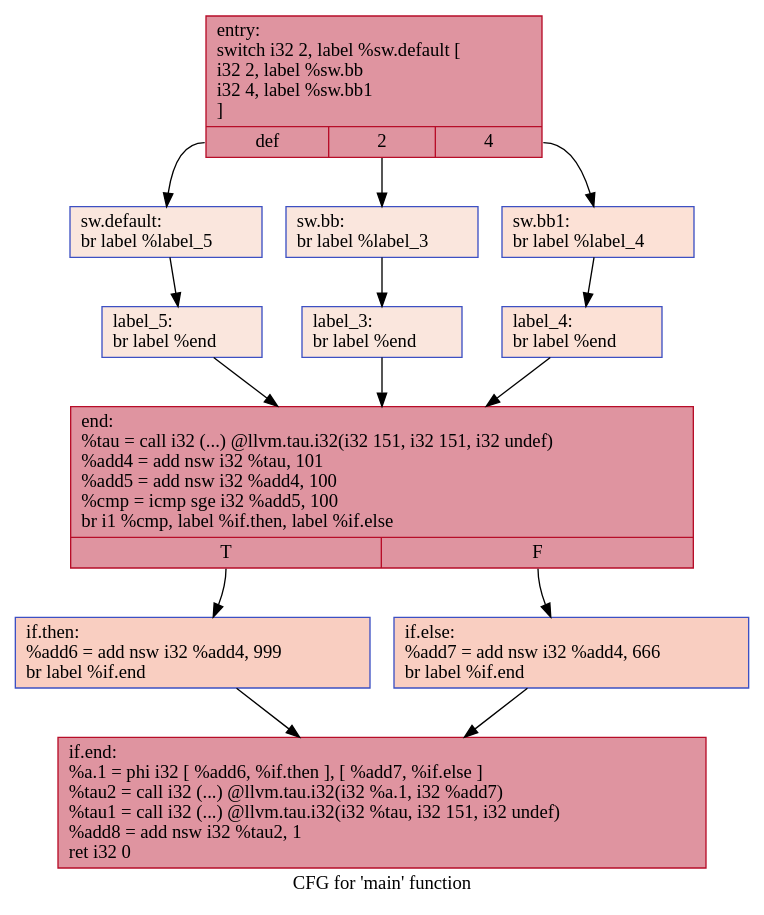
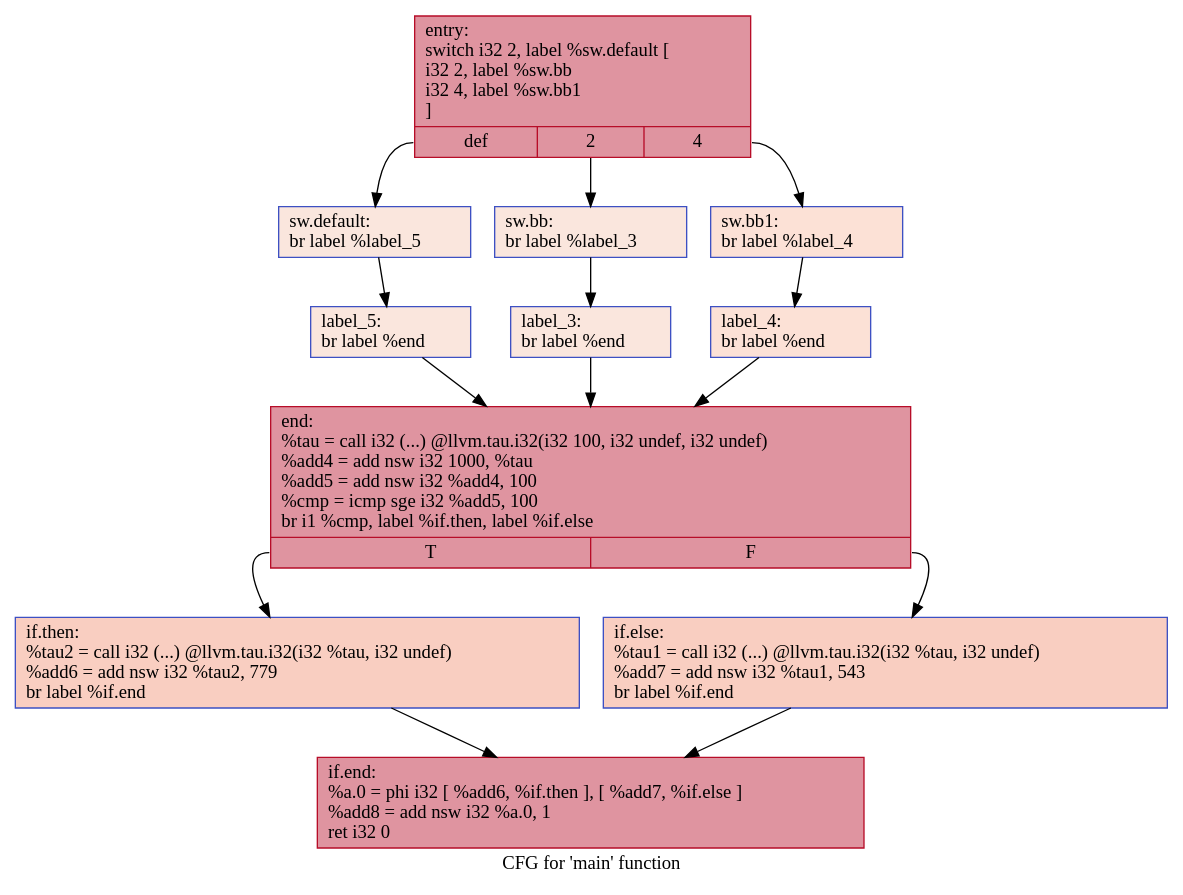
The diagram in IR/cfg/specSCCP_HPSSA.dot (HPSSA-LLVM/HPSSA-LLVM), drawn with Graphviz before and after one commit. The commit also changed 35 other files, not shown here.

```diff
--- a/IR/cfg/specSCCP_HPSSA.dot
+++ b/IR/cfg/specSCCP_HPSSA.dot
@@ -1,28 +1,28 @@
 digraph "CFG for 'main' function" {
 	label="CFG for 'main' function";
 
-	Node0x5556ec7e8900 [shape=record,color="#b70d28ff", style=filled, fillcolor="#b70d2870",label="{entry:\l  switch i32 2, label %sw.default [\l    i32 2, label %sw.bb\l    i32 4, label %sw.bb1\l  ]\l|{<s0>def|<s1>2|<s2>4}}"];
-	Node0x5556ec7e8900:s0 -> Node0x5556ec7e8a30;
-	Node0x5556ec7e8900:s1 -> Node0x5556ec7e8ab0;
-	Node0x5556ec7e8900:s2 -> Node0x5556ec7e8b50;
-	Node0x5556ec7e8ab0 [shape=record,color="#3d50c3ff", style=filled, fillcolor="#f3c7b170",label="{sw.bb:                                            \l  br label %label_3\l}"];
-	Node0x5556ec7e8ab0 -> Node0x5556ec7e8ce0;
-	Node0x5556ec7e8b50 [shape=record,color="#3d50c3ff", style=filled, fillcolor="#f7bca170",label="{sw.bb1:                                           \l  br label %label_4\l}"];
-	Node0x5556ec7e8b50 -> Node0x5556ec7e8dc0;
-	Node0x5556ec7e8a30 [shape=record,color="#3d50c3ff", style=filled, fillcolor="#f3c7b170",label="{sw.default:                                       \l  br label %label_5\l}"];
-	Node0x5556ec7e8a30 -> Node0x5556ec7e8ea0;
-	Node0x5556ec7e8ce0 [shape=record,color="#3d50c3ff", style=filled, fillcolor="#f3c7b170",label="{label_3:                                          \l  br label %end\l}"];
-	Node0x5556ec7e8ce0 -> Node0x5556ec7e8f80;
-	Node0x5556ec7e8dc0 [shape=record,color="#3d50c3ff", style=filled, fillcolor="#f7bca170",label="{label_4:                                          \l  br label %end\l}"];
-	Node0x5556ec7e8dc0 -> Node0x5556ec7e8f80;
-	Node0x5556ec7e8ea0 [shape=record,color="#3d50c3ff", style=filled, fillcolor="#f3c7b170",label="{label_5:                                          \l  br label %end\l}"];
-	Node0x5556ec7e8ea0 -> Node0x5556ec7e8f80;
-	Node0x5556ec7e8f80 [shape=record,color="#b70d28ff", style=filled, fillcolor="#b70d2870",label="{end:                                              \l  %tau = call i32 (...) @llvm.tau.i32(i32 151, i32 151, i32 undef)\l  %add4 = add nsw i32 %tau, 101\l  %add5 = add nsw i32 %add4, 100\l  %cmp = icmp sge i32 %add5, 100\l  br i1 %cmp, label %if.then, label %if.else\l|{<s0>T|<s1>F}}"];
-	Node0x5556ec7e8f80:s0 -> Node0x5556ec7e9940;
-	Node0x5556ec7e8f80:s1 -> Node0x5556ec7e9b50;
-	Node0x5556ec7e9940 [shape=record,color="#3d50c3ff", style=filled, fillcolor="#f2907270",label="{if.then:                                          \l  %add6 = add nsw i32 %add4, 999\l  br label %if.end\l}"];
-	Node0x5556ec7e9940 -> Node0x5556ec7e9d50;
-	Node0x5556ec7e9b50 [shape=record,color="#3d50c3ff", style=filled, fillcolor="#f2907270",label="{if.else:                                          \l  %add7 = add nsw i32 %add4, 666\l  br label %if.end\l}"];
-	Node0x5556ec7e9b50 -> Node0x5556ec7e9d50;
-	Node0x5556ec7e9d50 [shape=record,color="#b70d28ff", style=filled, fillcolor="#b70d2870",label="{if.end:                                           \l  %a.1 = phi i32 [ %add6, %if.then ], [ %add7, %if.else ]\l  %tau2 = call i32 (...) @llvm.tau.i32(i32 %a.1, i32 %add7)\l  %tau1 = call i32 (...) @llvm.tau.i32(i32 %tau, i32 151, i32 undef)\l  %add8 = add nsw i32 %tau2, 1\l  ret i32 0\l}"];
+	Node0x559067cb18f0 [shape=record,color="#b70d28ff", style=filled, fillcolor="#b70d2870",label="{entry:\l  switch i32 2, label %sw.default [\l    i32 2, label %sw.bb\l    i32 4, label %sw.bb1\l  ]\l|{<s0>def|<s1>2|<s2>4}}"];
+	Node0x559067cb18f0:s0 -> Node0x559067cb1a20;
+	Node0x559067cb18f0:s1 -> Node0x559067cb1aa0;
+	Node0x559067cb18f0:s2 -> Node0x559067cb1b40;
+	Node0x559067cb1aa0 [shape=record,color="#3d50c3ff", style=filled, fillcolor="#f3c7b170",label="{sw.bb:                                            \l  br label %label_3\l}"];
+	Node0x559067cb1aa0 -> Node0x559067cb1cd0;
+	Node0x559067cb1b40 [shape=record,color="#3d50c3ff", style=filled, fillcolor="#f7bca170",label="{sw.bb1:                                           \l  br label %label_4\l}"];
+	Node0x559067cb1b40 -> Node0x559067cb1db0;
+	Node0x559067cb1a20 [shape=record,color="#3d50c3ff", style=filled, fillcolor="#f3c7b170",label="{sw.default:                                       \l  br label %label_5\l}"];
+	Node0x559067cb1a20 -> Node0x559067cb1e90;
+	Node0x559067cb1cd0 [shape=record,color="#3d50c3ff", style=filled, fillcolor="#f3c7b170",label="{label_3:                                          \l  br label %end\l}"];
+	Node0x559067cb1cd0 -> Node0x559067cb1f70;
+	Node0x559067cb1db0 [shape=record,color="#3d50c3ff", style=filled, fillcolor="#f7bca170",label="{label_4:                                          \l  br label %end\l}"];
+	Node0x559067cb1db0 -> Node0x559067cb1f70;
+	Node0x559067cb1e90 [shape=record,color="#3d50c3ff", style=filled, fillcolor="#f3c7b170",label="{label_5:                                          \l  br label %end\l}"];
+	Node0x559067cb1e90 -> Node0x559067cb1f70;
+	Node0x559067cb1f70 [shape=record,color="#b70d28ff", style=filled, fillcolor="#b70d2870",label="{end:                                              \l  %tau = call i32 (...) @llvm.tau.i32(i32 100, i32 undef, i32 undef)\l  %add4 = add nsw i32 1000, %tau\l  %add5 = add nsw i32 %add4, 100\l  %cmp = icmp sge i32 %add5, 100\l  br i1 %cmp, label %if.then, label %if.else\l|{<s0>T|<s1>F}}"];
+	Node0x559067cb1f70:s0 -> Node0x559067cb2900;
+	Node0x559067cb1f70:s1 -> Node0x559067cb2b10;
+	Node0x559067cb2900 [shape=record,color="#3d50c3ff", style=filled, fillcolor="#f2907270",label="{if.then:                                          \l  %tau2 = call i32 (...) @llvm.tau.i32(i32 %tau, i32 undef)\l  %add6 = add nsw i32 %tau2, 779\l  br label %if.end\l}"];
+	Node0x559067cb2900 -> Node0x559067cb2e40;
+	Node0x559067cb2b10 [shape=record,color="#3d50c3ff", style=filled, fillcolor="#f2907270",label="{if.else:                                          \l  %tau1 = call i32 (...) @llvm.tau.i32(i32 %tau, i32 undef)\l  %add7 = add nsw i32 %tau1, 543\l  br label %if.end\l}"];
+	Node0x559067cb2b10 -> Node0x559067cb2e40;
+	Node0x559067cb2e40 [shape=record,color="#b70d28ff", style=filled, fillcolor="#b70d2870",label="{if.end:                                           \l  %a.0 = phi i32 [ %add6, %if.then ], [ %add7, %if.else ]\l  %add8 = add nsw i32 %a.0, 1\l  ret i32 0\l}"];
 }
```
